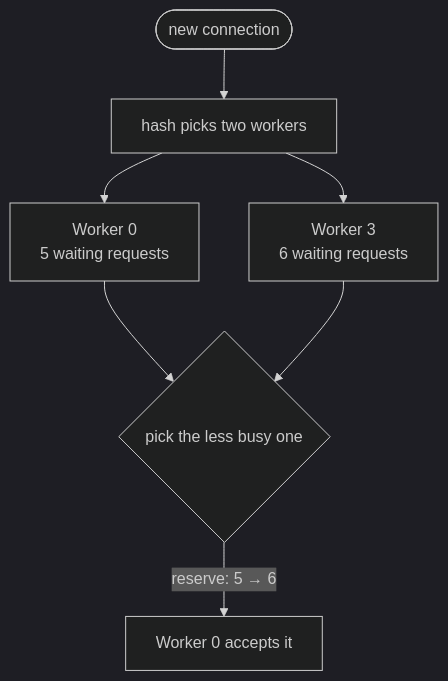
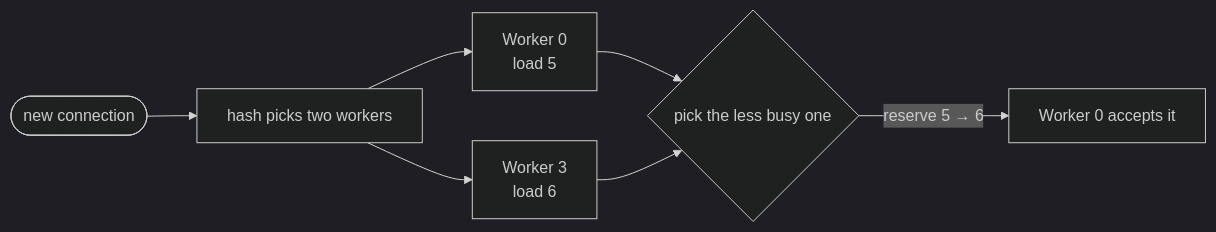
Before and after one commit to joshuay03/raptor: diagram 18 of 18 in docs/talk.md, drawn with Mermaid (dark theme). The commit also changed other lines of this file and 3 other files, not shown here.

````diff
--- a/docs/talk.md
+++ b/docs/talk.md
@@ -1088,9 +1095,9 @@
 ```mermaid
-flowchart TB
+flowchart LR
     New(["new connection"]) --> Hash["hash picks two workers"]
-    Hash --> A["Worker 0<br/>5 waiting requests"]
-    Hash --> B["Worker 3<br/>6 waiting requests"]
+    Hash --> A["Worker 0<br/>load 5"]
+    Hash --> B["Worker 3<br/>load 6"]
     A --> Pick{"pick the less busy one"}
     B --> Pick
-    Pick -->|"reserve: 5 → 6"| W0["Worker 0 accepts it"]
+    Pick -->|"reserve 5 → 6"| W0["Worker 0 accepts it"]
 ```
````
